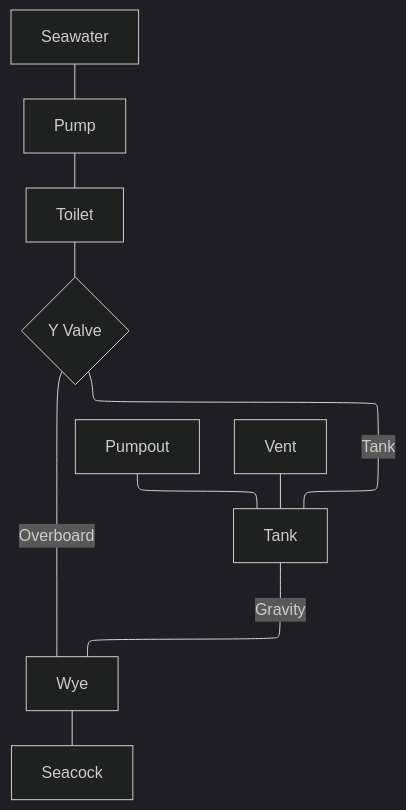
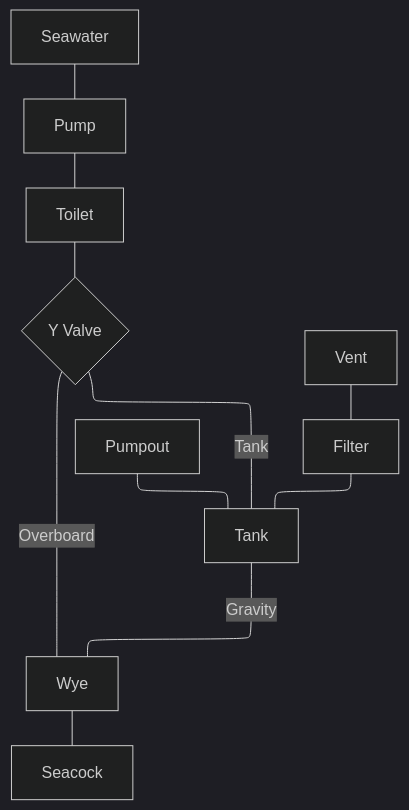
Before and after one commit to dcoon/svharmony: the first of 2 diagrams in owners_manual/Toilets.md, drawn with Mermaid (dark theme).

Commit message:
vault backup: 2024-01-17 18:07:46

````diff
--- a/owners_manual/Toilets.md
+++ b/owners_manual/Toilets.md
@@ -6,9 +6,9 @@
 ```mermaid
 flowchart-elk
 
 Toilet --- Valve{Y Valve} ---|Tank| Tank ---|Gravity| Wye --- Seacock
 Valve ---|Overboard| Wye
 Seawater --- Pump --- Toilet
 Pumpout --- Tank
-Vent --- Tank
+Vent --- Filter --- Tank
 ```
````
